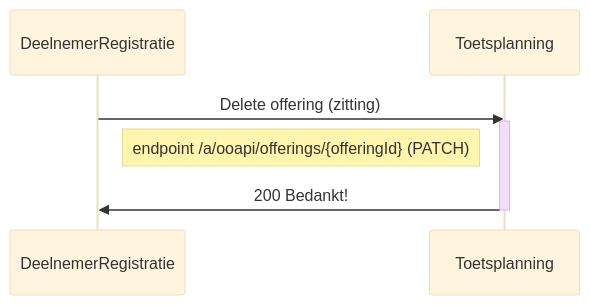
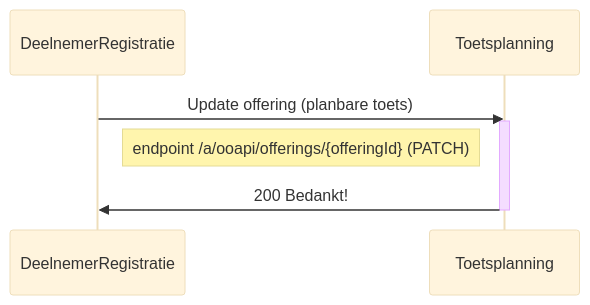
Before and after one commit to NetwerkExamineringDigitalisering/NED-OOAPI: the third of 7 diagrams in doc/flow1.md, drawn with Mermaid (base theme). The commit also changed other lines of this file, not shown here.

Commit message:
update flow 1a 3

````diff
--- a/doc/flow1.md
+++ b/doc/flow1.md
@@ -112,11 +112,11 @@
 ```mermaid
 sequenceDiagram
     participant DeelnemerRegistratie
     participant Toetsplanning
-    DeelnemerRegistratie->>Toetsplanning: Delete offering (zitting)
+    DeelnemerRegistratie->>Toetsplanning: Update offering (planbare toets)
     activate Toetsplanning
     Note right of DeelnemerRegistratie: endpoint /a/ooapi/offerings/{offeringId} (PATCH)
     Toetsplanning->>DeelnemerRegistratie: 200 Bedankt!
     deactivate Toetsplanning
 
 ```
````
